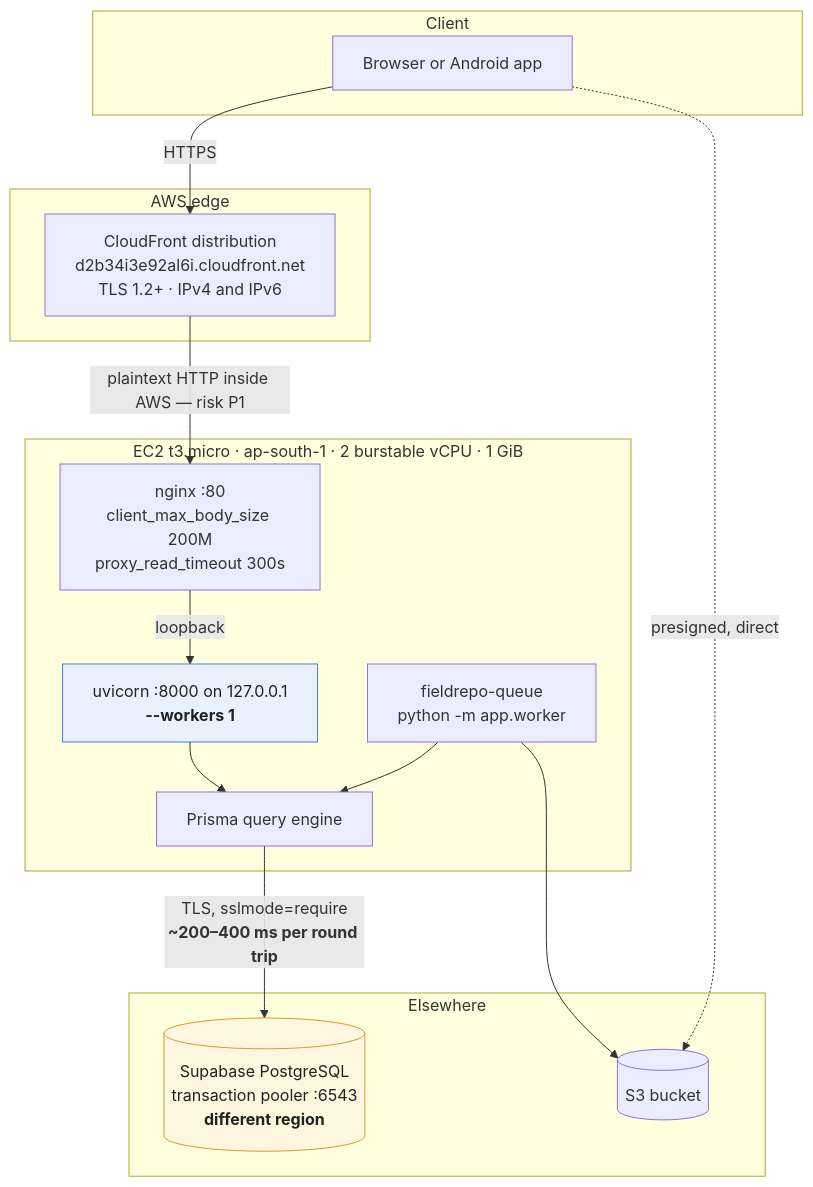
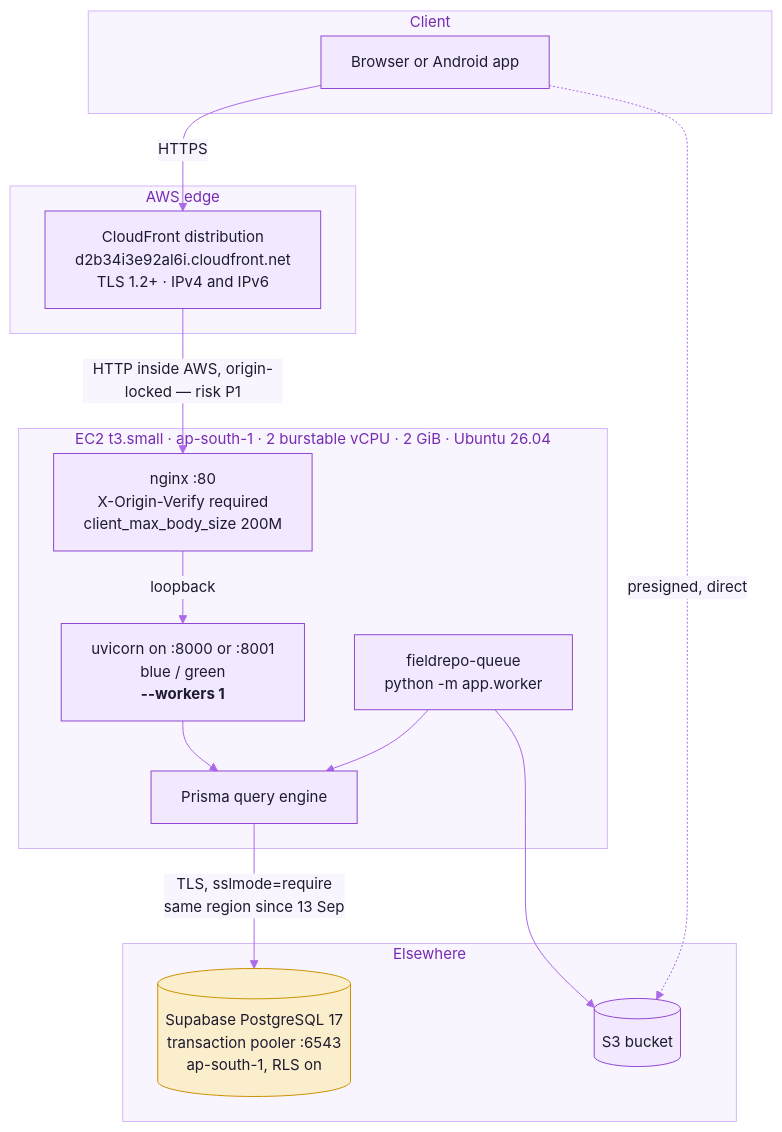
One commit to cxacraftecosystem-ui/documentation-portal changed the second of 14 diagrams in docs/ARCHITECTURE.md. Above: the diagram before and after it, drawn with Mermaid. The commit also changed other lines of this file and 106 other files, not shown here.

First line of the commit message:
README showcase: the front page rebuilt on the README kit (copied from designer-portal) with Field Repository content, the readme-check workflow, every docs diagram themed, and the docs brought to 0.0.10

````diff
--- a/docs/ARCHITECTURE.md
+++ b/docs/ARCHITECTURE.md
@@ -65,31 +72,32 @@
 ```mermaid
+%%{init: {"theme":"base","themeVariables":{"fontFamily":"Inter, ui-sans-serif, system-ui, -apple-system, Segoe UI, Roboto, Helvetica, Arial, sans-serif","fontSize":"15px","primaryColor":"#F2E9FE","primaryTextColor":"#1E1B2E","primaryBorderColor":"#9148D2","secondaryColor":"#FAEECD","secondaryTextColor":"#1E1B2E","secondaryBorderColor":"#CD9200","tertiaryColor":"#F3F1FA","tertiaryTextColor":"#1E1B2E","tertiaryBorderColor":"#A7A3BC","mainBkg":"#F2E9FE","nodeBorder":"#9148D2","nodeTextColor":"#1E1B2E","lineColor":"#AA69E9","textColor":"#857F9E","edgeLabelBackground":"#F9F5FF","clusterBkg":"#F9F5FF","clusterBorder":"#D6B6FB","titleColor":"#762CB1","noteBkgColor":"#FAEECD","noteTextColor":"#1E1B2E","noteBorderColor":"#CD9200","actorBkg":"#F2E9FE","actorBorder":"#9148D2","actorTextColor":"#1E1B2E","actorLineColor":"#AA69E9","signalColor":"#AA69E9","signalTextColor":"#857F9E","labelBoxBkgColor":"#F2E9FE","labelBoxBorderColor":"#9148D2","labelTextColor":"#1E1B2E","loopTextColor":"#857F9E","activationBkgColor":"#E7D5FE","activationBorderColor":"#9148D2","sequenceNumberColor":"#FFFFFF","transitionColor":"#AA69E9","transitionLabelColor":"#857F9E","stateLabelColor":"#1E1B2E","stateBkg":"#F2E9FE","compositeBackground":"#F9F5FF","compositeTitleBackground":"#F2E9FE","attributeBackgroundColorOdd":"#FFFFFF","attributeBackgroundColorEven":"#F9F5FF","relationColor":"#AA69E9","relationLabelBackground":"#F9F5FF","relationLabelColor":"#1E1B2E"}}}%%
 flowchart TB
   subgraph client["Client"]
     B[Browser or Android app]
   end
   subgraph edge["AWS edge"]
     CF["CloudFront distribution<br/>d2b34i3e92al6i.cloudfront.net<br/>TLS 1.2+ · IPv4 and IPv6"]
   end
-  subgraph ec2["EC2 t3.micro · ap-south-1 · 2 burstable vCPU · 1 GiB"]
-    NX["nginx :80<br/>client_max_body_size 200M<br/>proxy_read_timeout 300s"]
-    UV["uvicorn :8000 on 127.0.0.1<br/><b>--workers 1</b>"]
+  subgraph ec2["EC2 t3.small · ap-south-1 · 2 burstable vCPU · 2 GiB · Ubuntu 26.04"]
+    NX["nginx :80<br/>X-Origin-Verify required<br/>client_max_body_size 200M"]
+    UV["uvicorn on :8000 or :8001<br/>blue / green<br/><b>--workers 1</b>"]
     QW["fieldrepo-queue<br/>python -m app.worker"]
     PE[Prisma query engine]
   end
   subgraph remote["Elsewhere"]
-    PG[("Supabase PostgreSQL<br/>transaction pooler :6543<br/><b>different region</b>")]
+    PG[("Supabase PostgreSQL 17<br/>transaction pooler :6543<br/>ap-south-1, RLS on")]
     S3[(S3 bucket)]
   end
 
   B -->|"HTTPS"| CF
-  CF -->|"plaintext HTTP inside AWS — risk P1"| NX
+  CF -->|"HTTP inside AWS, origin-locked — risk P1"| NX
   NX -->|loopback| UV
   UV --> PE
   QW --> PE
-  PE -->|"TLS, sslmode=require<br/><b>~200–400 ms per round trip</b>"| PG
+  PE -->|"TLS, sslmode=require<br/>same region since 13 Sep"| PG
   B -.->|presigned, direct| S3
   QW --> S3
 
-  style PG fill:#fff6e0,stroke:#d89a2a,color:#222
-  style UV fill:#e8f2ff,stroke:#4a7fd6,color:#222
+  style PG fill:#FAEECD,stroke:#CD9200,color:#1E1B2E
+  style UV fill:#F2E9FE,stroke:#9148D2,color:#1E1B2E
 ```
````
